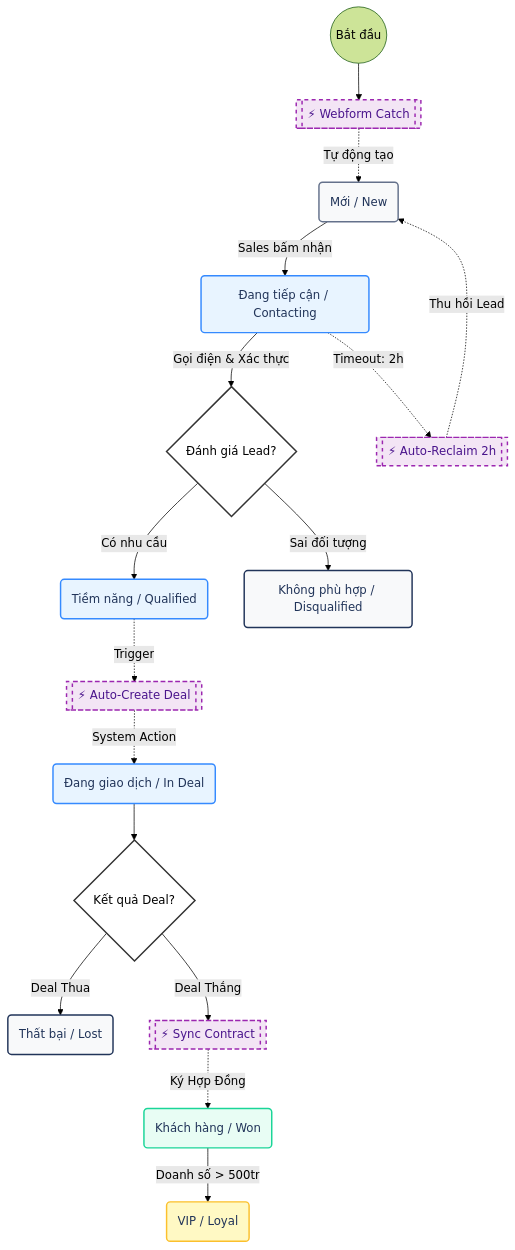
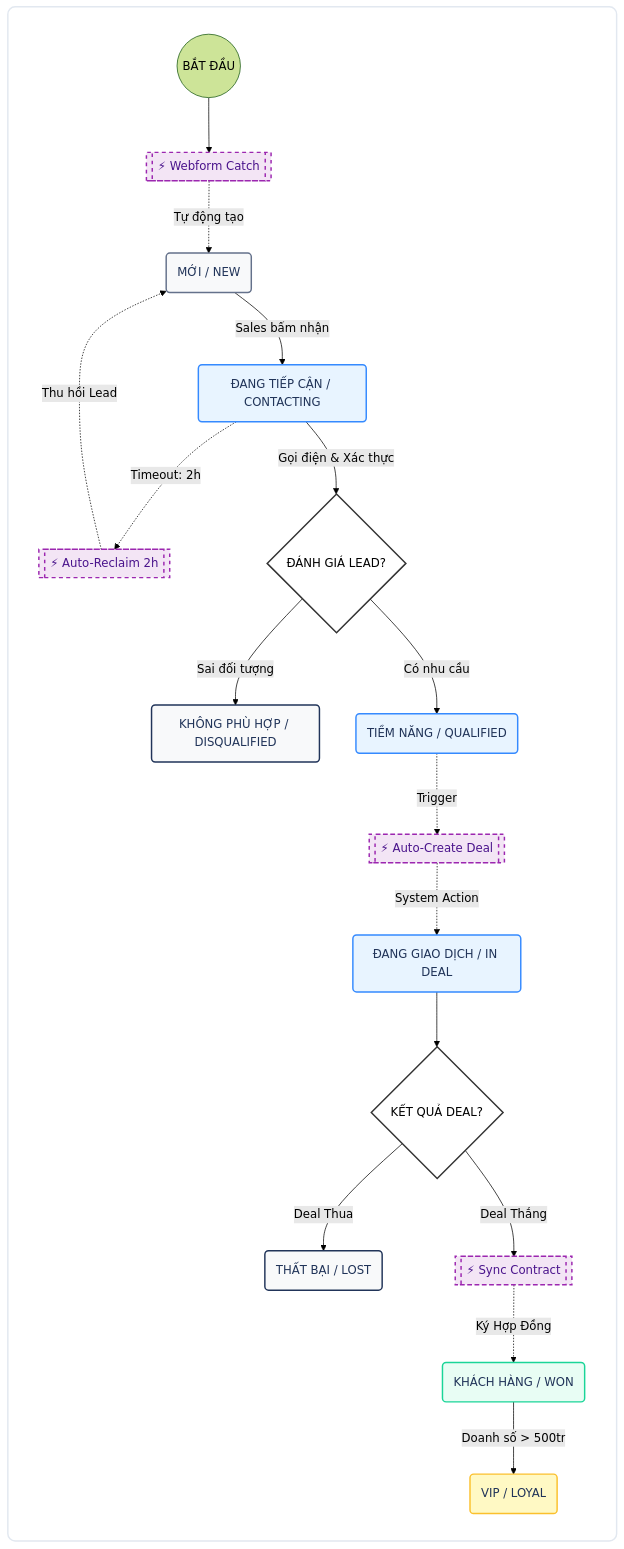
One commit to documentation-ai-managed/docs-nh changed the second of 2 diagrams in test-1.mdx. Above: the diagram before and after it, drawn with Mermaid (forest theme).

Commit message:
Documentation Updated Through Editor  by Trần Minh Ánh

````diff
--- a/test-1.mdx
+++ b/test-1.mdx
@@ -169,79 +169,82 @@
 ```mermaid wrap="true"
 flowchart TD
 
-    %% =================== NODES DEFINITION ===================
-    
-    %% --- Start ---
-    Start(("Bắt đầu"))
+    %% =================== ROOT CONTAINER (White Background) ===================
+    %% Bọc toàn bộ graph vào trong subgraph này để tạo nền trắng
+    subgraph Root [" "]
+        direction TD
 
-    %% --- Status Nodes (Human Steps) ---
-    S1("Mới / New")
-    S2("Đang tiếp cận / Contacting")
-    S3{"Đánh giá Lead?"}
-    S4("Tiềm năng / Qualified")
-    S5("Không phù hợp / Disqualified")
-    S6("Đang giao dịch / In Deal")
-    S7{"Kết quả Deal?"}
-    S8("Khách hàng / Won")
-    S9("Thất bại / Lost")
-    S10("VIP / Loyal")
+        %% =================== NODES DEFINITION ===================
+        
+        %% --- Start ---
+        Start(("BẮT ĐẦU"))
 
-    %% --- Automation Nodes (System Steps) ---
-    %% Dùng shape [[ ]] để biểu thị Subroutine/Automation
-    Auto1[["⚡ Webform Catch"]]
-    Auto2[["⚡ Auto-Reclaim 2h"]]
-    Auto3[["⚡ Auto-Create Deal"]]
-    Auto4[["⚡ Sync Contract"]]
+        %% --- Status Nodes (Human Steps) ---
+        S1("MỚI / NEW")
+        S2("ĐANG TIẾP CẬN / CONTACTING")
+        S3{"ĐÁNH GIÁ LEAD?"}
+        S4("TIỀM NĂNG / QUALIFIED")
+        S5("KHÔNG PHÙ HỢP / DISQUALIFIED")
+        S6("ĐANG GIAO DỊCH / IN DEAL")
+        S7{"KẾT QUẢ DEAL?"}
+        S8("KHÁCH HÀNG / WON")
+        S9("THẤT BẠI / LOST")
+        S10("VIP / LOYAL")
 
-    %% =================== FLOWS ===================
+        %% --- Automation Nodes (System Steps) ---
+        Auto1[["⚡ Webform Catch"]]
+        Auto2[["⚡ Auto-Reclaim 2h"]]
+        Auto3[["⚡ Auto-Create Deal"]]
+        Auto4[["⚡ Sync Contract"]]
 
-    Start --> Auto1
-    
-    %% Auto Flow
-    Auto1 -.-> |"Tự động tạo"| S1
-    
-    %% Human Action
-    S1 -- "Sales bấm nhận" --> S2
-    
-    %% Loop / Automation Logic
-    S2 -.-> |"Timeout: 2h"| Auto2
-    Auto2 -.-> |"Thu hồi Lead"| S1
-    
-    %% Qualification
-    S2 -- "Gọi điện & Xác thực" --> S3
-    S3 -- "Sai đối tượng" --> S5
-    S3 -- "Có nhu cầu" --> S4
-    
-    %% Automation Trigger
-    S4 -.-> |"Trigger"| Auto3
-    Auto3 -.-> |"System Action"| S6
-    
-    %% Negotiation
-    S6 --> S7
-    S7 -- "Deal Thua" --> S9
-    S7 -- "Deal Thắng" --> Auto4
-    
-    %% Closing
-    Auto4 -.-> |"Ký Hợp Đồng"| S8
-    S8 -- "Doanh số > 500tr" --> S10
+        %% =================== FLOWS ===================
+
+        Start --> Auto1
+        
+        %% Auto Flow
+        Auto1 -.-> |"Tự động tạo"| S1
+        
+        %% Human Action
+        S1 -- "Sales bấm nhận" --> S2
+        
+        %% Loop / Automation Logic
+        S2 -.-> |"Timeout: 2h"| Auto2
+        Auto2 -.-> |"Thu hồi Lead"| S1
+        
+        %% Qualification
+        S2 -- "Gọi điện & Xác thực" --> S3
+        S3 -- "Sai đối tượng" --> S5
+        S3 -- "Có nhu cầu" --> S4
+        
+        %% Automation Trigger
+        S4 -.-> |"Trigger"| Auto3
+        Auto3 -.-> |"System Action"| S6
+        
+        %% Negotiation
+        S6 --> S7
+        S7 -- "Deal Thua" --> S9
+        S7 -- "Deal Thắng" --> Auto4
+        
+        %% Closing
+        Auto4 -.-> |"Ký Hợp Đồng"| S8
+        S8 -- "Doanh số > 500tr" --> S10
+    end
 
     %% =================== STYLING ===================
 
+    %% Style cho Root Container (Nền trắng, viền xám nhẹ)
+    style Root fill:#FFFFFF,stroke:#E2E8F0,stroke-width:2px,rx:10,ry:10
+
     %% 1. Định nghĩa Class
-    %% Status Colors (Standard Luklak Palette)
     classDef mo fill:#F8F9FA,stroke:#64718B,stroke-width:2px,color:#213459
     classDef hoatdong fill:#E8F4FF,stroke:#358AFF,stroke-width:2px,color:#213459
     classDef hoanthanh fill:#E8FDF4,stroke:#1AD598,stroke-width:2px,color:#213459
     classDef donghuy fill:#F8F9FA,stroke:#213459,stroke-width:2px,color:#213459
     
-    %% VIP Class (Gold/Yellow)
     classDef vip fill:#FFF9C4,stroke:#FBC02D,stroke-width:2px,color:#213459
     
-    %% AUTOMATION CLASS (Distinct Purple Style)
-    %% Màu tím nhạt nền, viền tím đậm, chữ tím đậm để nổi bật đây là SYSTEM làm
     classDef automation fill:#F3E5F5,stroke:#9C27B0,stroke-width:2px,stroke-dasharray: 5 5,color:#4A148C
 
-    %% Start/Gateway
     classDef gateway fill:#FFFFFF,stroke:#333,stroke-width:2px
 
     %% 2. Áp dụng Class
@@ -253,7 +256,6 @@
     
     class S3,S7 gateway
     
-    %% Apply Automation Class
     class Auto1,Auto2,Auto3,Auto4 automation
 
 ```
````
